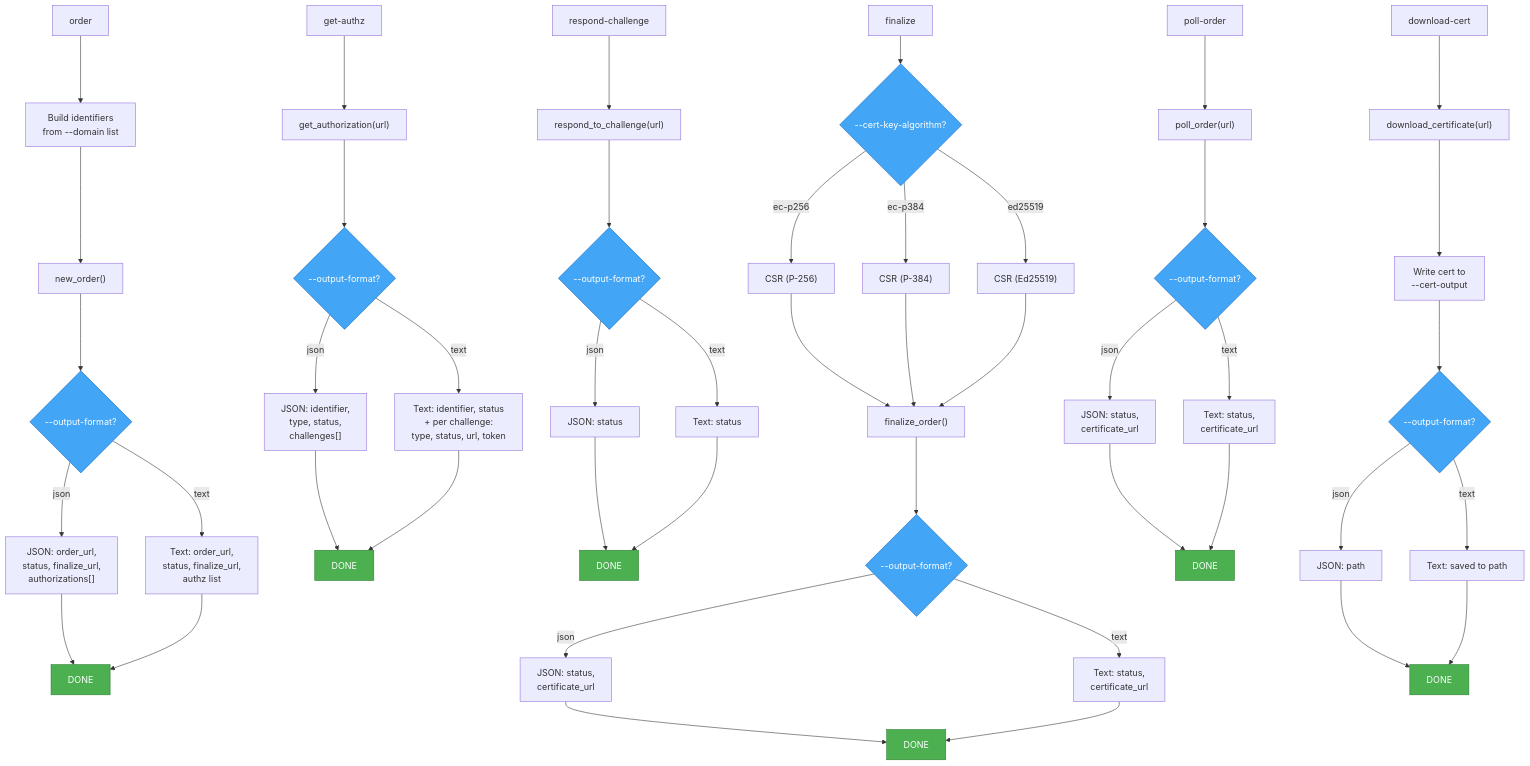
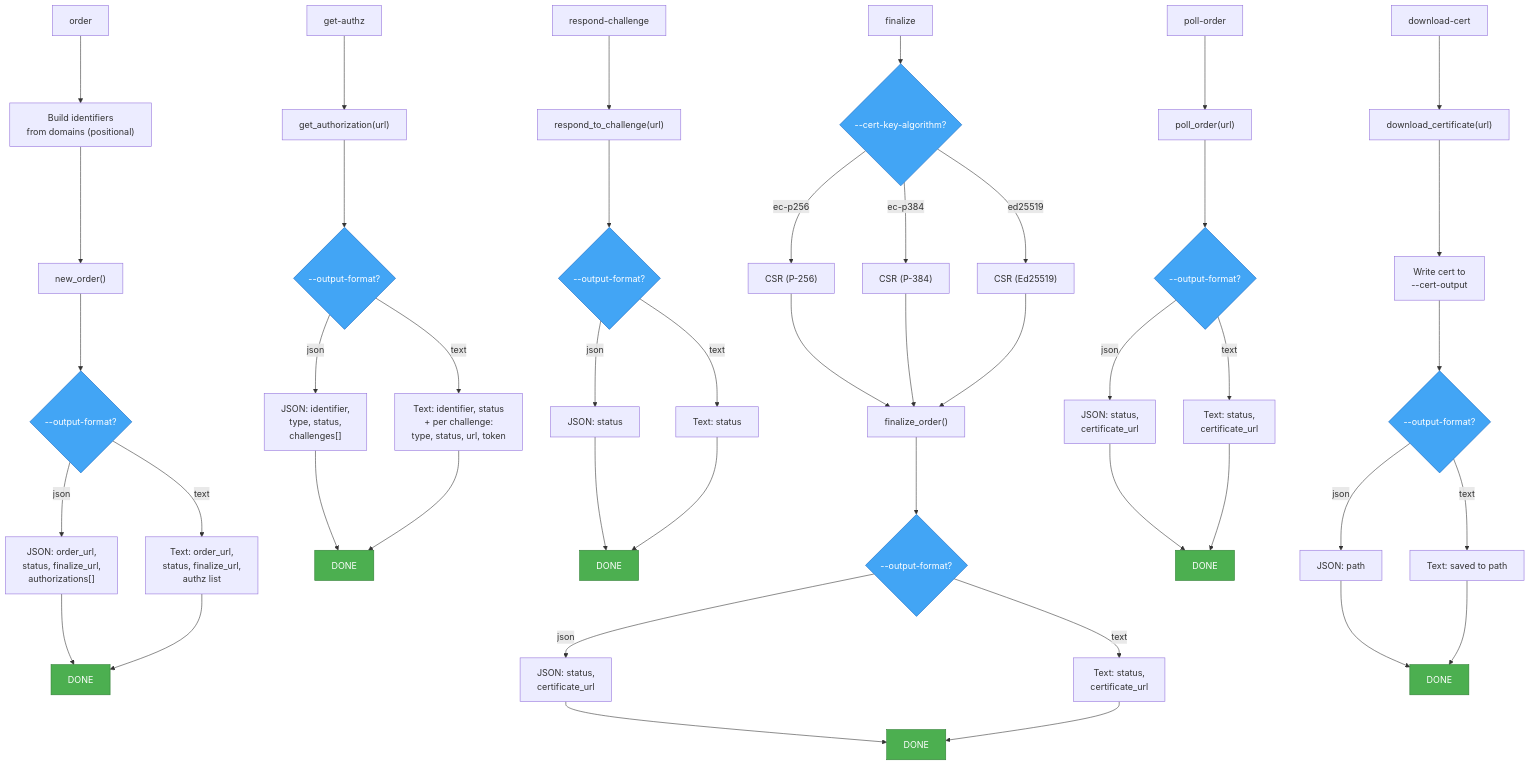
The sixth of 8 diagrams in PARAMETER-FLOW.md (andrico21/acme-client-rs), drawn with Mermaid before and after one commit. The commit also changed other lines of this file and 7 other files, not shown here.

````diff
--- a/PARAMETER-FLOW.md
+++ b/PARAMETER-FLOW.md
@@ -348,63 +358,63 @@
 ```mermaid
 graph TD
     %% === order ===
-    ORD["order"] --> ORD_IDS["Build identifiers<br/>from --domain list"]
+    ORD["order"] --> ORD_IDS["Build identifiers<br/>from domains (positional)"]
     ORD_IDS --> ORD_CALL["new_order()"]
     ORD_CALL --> ORD_FMT{"--output-format?"}
     ORD_FMT -- json --> ORD_JSON["JSON: order_url,<br/>status, finalize_url,<br/>authorizations[]"]
     ORD_FMT -- text --> ORD_TEXT["Text: order_url,<br/>status, finalize_url,<br/>authz list"]
     ORD_JSON --> ORD_DONE["DONE"]
     ORD_TEXT --> ORD_DONE
 
     %% === get-authz ===
     GAZ["get-authz"] --> GAZ_CALL["get_authorization(url)"]
     GAZ_CALL --> GAZ_FMT{"--output-format?"}
     GAZ_FMT -- json --> GAZ_JSON["JSON: identifier,<br/>type, status,<br/>challenges[]"]
     GAZ_FMT -- text --> GAZ_TEXT["Text: identifier, status<br/>+ per challenge:<br/>type, status, url, token"]
     GAZ_JSON --> GAZ_DONE["DONE"]
     GAZ_TEXT --> GAZ_DONE
 
     %% === respond-challenge (trivial) ===
     RC["respond-challenge"] --> RC_CALL["respond_to_challenge(url)"]
     RC_CALL --> RC_FMT{"--output-format?"}
     RC_FMT -- json --> RC_JSON["JSON: status"]
     RC_FMT -- text --> RC_TEXT["Text: status"]
     RC_JSON --> RC_DONE["DONE"]
     RC_TEXT --> RC_DONE
 
     %% === finalize ===
     FIN["finalize"] --> FIN_ALG{"--cert-key-algorithm?"}
     FIN_ALG -- ec-p256 --> FIN_CSR["CSR (P-256)"]
     FIN_ALG -- ec-p384 --> FIN_CSR2["CSR (P-384)"]
     FIN_ALG -- ed25519 --> FIN_CSR3["CSR (Ed25519)"]
     FIN_CSR --> FIN_CALL
     FIN_CSR2 --> FIN_CALL
     FIN_CSR3 --> FIN_CALL["finalize_order()"]
     FIN_CALL --> FIN_FMT{"--output-format?"}
     FIN_FMT -- json --> FIN_JSON["JSON: status,<br/>certificate_url"]
     FIN_FMT -- text --> FIN_TEXT["Text: status,<br/>certificate_url"]
     FIN_JSON --> FIN_DONE["DONE"]
     FIN_TEXT --> FIN_DONE
 
     %% === poll-order (trivial) ===
     PO["poll-order"] --> PO_CALL["poll_order(url)"]
     PO_CALL --> PO_FMT{"--output-format?"}
     PO_FMT -- json --> PO_JSON["JSON: status,<br/>certificate_url"]
     PO_FMT -- text --> PO_TEXT["Text: status,<br/>certificate_url"]
     PO_JSON --> PO_DONE["DONE"]
     PO_TEXT --> PO_DONE
 
     %% === download-cert ===
     DC["download-cert"] --> DC_CALL["download_certificate(url)"]
     DC_CALL --> DC_WRITE["Write cert to<br/>--cert-output"]
     DC_WRITE --> DC_FMT{"--output-format?"}
     DC_FMT -- json --> DC_JSON["JSON: path"]
     DC_FMT -- text --> DC_TEXT["Text: saved to path"]
     DC_JSON --> DC_DONE["DONE"]
     DC_TEXT --> DC_DONE
 
     classDef success fill:#4caf50,color:white,stroke:#2e7d32
     classDef decision fill:#42a5f5,color:white,stroke:#1565c0
     class ORD_DONE,GAZ_DONE,RC_DONE,FIN_DONE,PO_DONE,DC_DONE success
     class ORD_FMT,GAZ_FMT,RC_FMT,FIN_ALG,FIN_FMT,PO_FMT,DC_FMT decision
 ```
````
